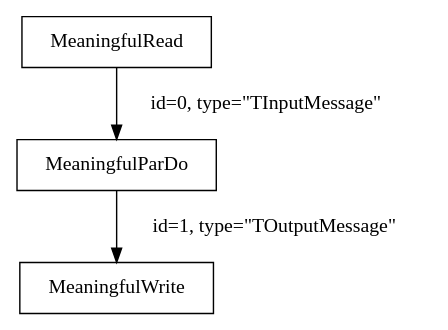
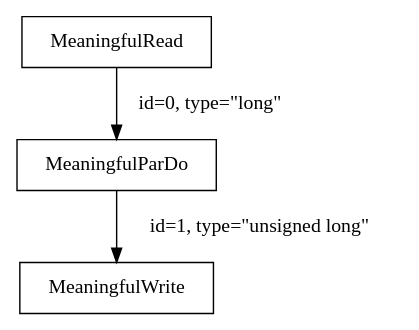
One commit to ytsaurus/ytsaurus changed the diagram in yt/cpp/roren/interface/ut/canondata/TDumpPipeline_Simple.dot. Above: the diagram before and after it, drawn with Graphviz. The commit also changed 1607 other files, not shown here.

```diff
--- a/yt/cpp/roren/interface/ut/canondata/TDumpPipeline_Simple.dot
+++ b/yt/cpp/roren/interface/ut/canondata/TDumpPipeline_Simple.dot
@@ -1,7 +1,7 @@
 digraph pipeline {
     "MeaningfulRead" [shape=box];
-    "MeaningfulRead" -> "MeaningfulParDo" [label = "id=0, type=\"TInputMessage\""];
+    "MeaningfulRead" -> "MeaningfulParDo" [label = "id=0, type=\"long\""];
     "MeaningfulParDo" [shape=box];
-    "MeaningfulParDo" -> "MeaningfulWrite" [label = "id=1, type=\"TOutputMessage\""];
+    "MeaningfulParDo" -> "MeaningfulWrite" [label = "id=1, type=\"unsigned long\""];
     "MeaningfulWrite" [shape=box];
 }
```
